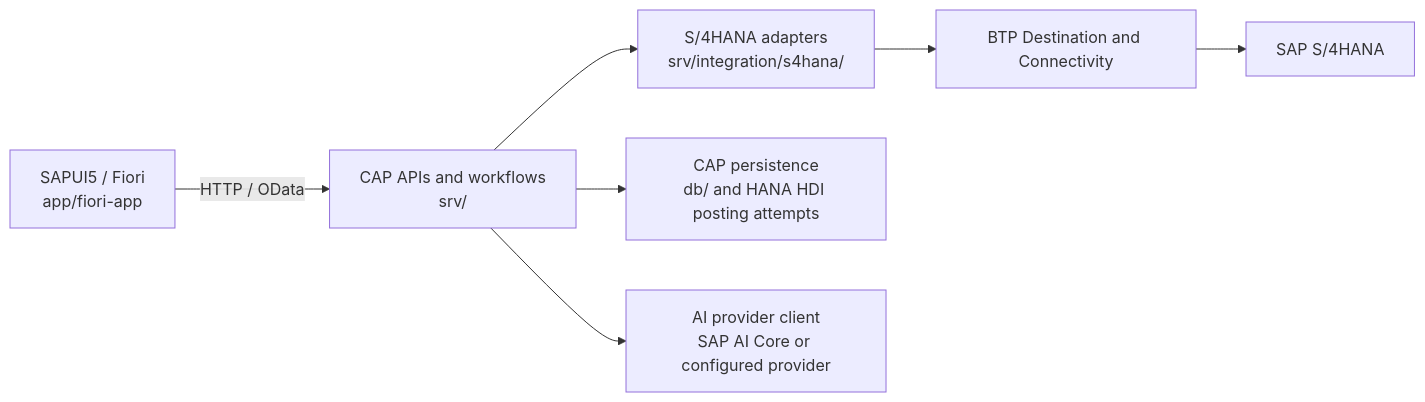
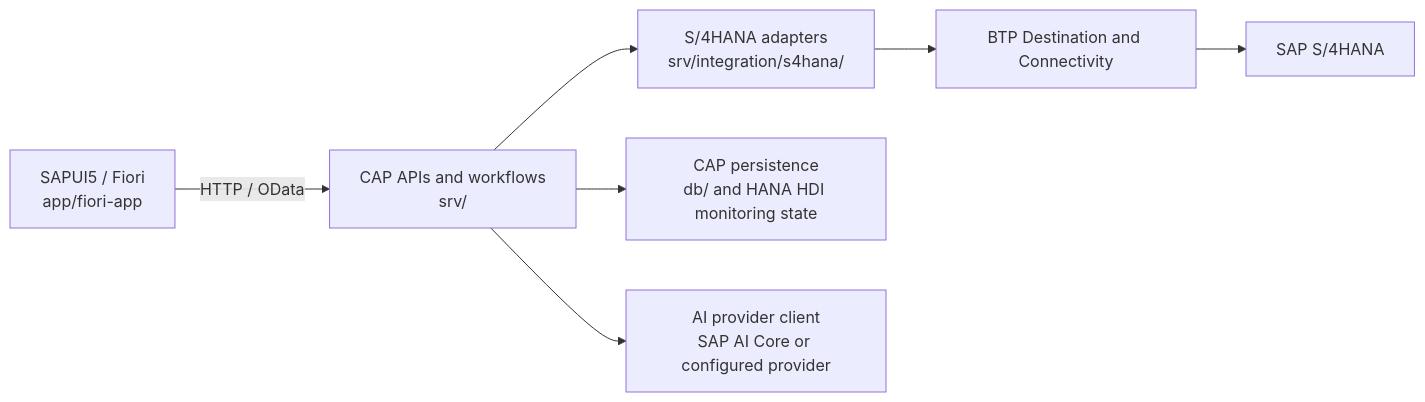
One commit to khushalDhanani/SAPS4HANAFULLSTACK0 changed the diagram in README.md. Above: the diagram before and after it, drawn with Mermaid. The commit also changed other lines of this file and 15 other files, not shown here.

````diff
--- a/README.md
+++ b/README.md
@@ -34,9 +33,9 @@
 ```mermaid
 flowchart LR
     UI["SAPUI5 / Fiori<br/>app/fiori-app"] -->|HTTP / OData| CAP["CAP APIs and workflows<br/>srv/"]
     CAP --> ADAPTER["S/4HANA adapters<br/>srv/integration/s4hana/"]
     ADAPTER --> DEST["BTP Destination and Connectivity"]
     DEST --> SAP["SAP S/4HANA"]
-    CAP --> DB["CAP persistence<br/>db/ and HANA HDI posting attempts"]
+    CAP --> DB["CAP persistence<br/>db/ and HANA HDI monitoring state"]
     CAP --> AI["AI provider client<br/>SAP AI Core or configured provider"]
 ```
````
